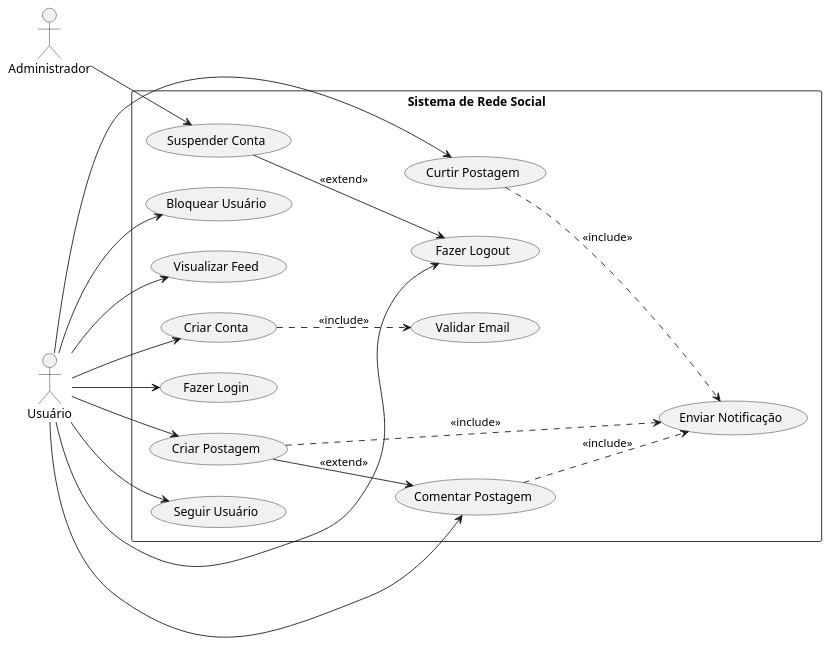
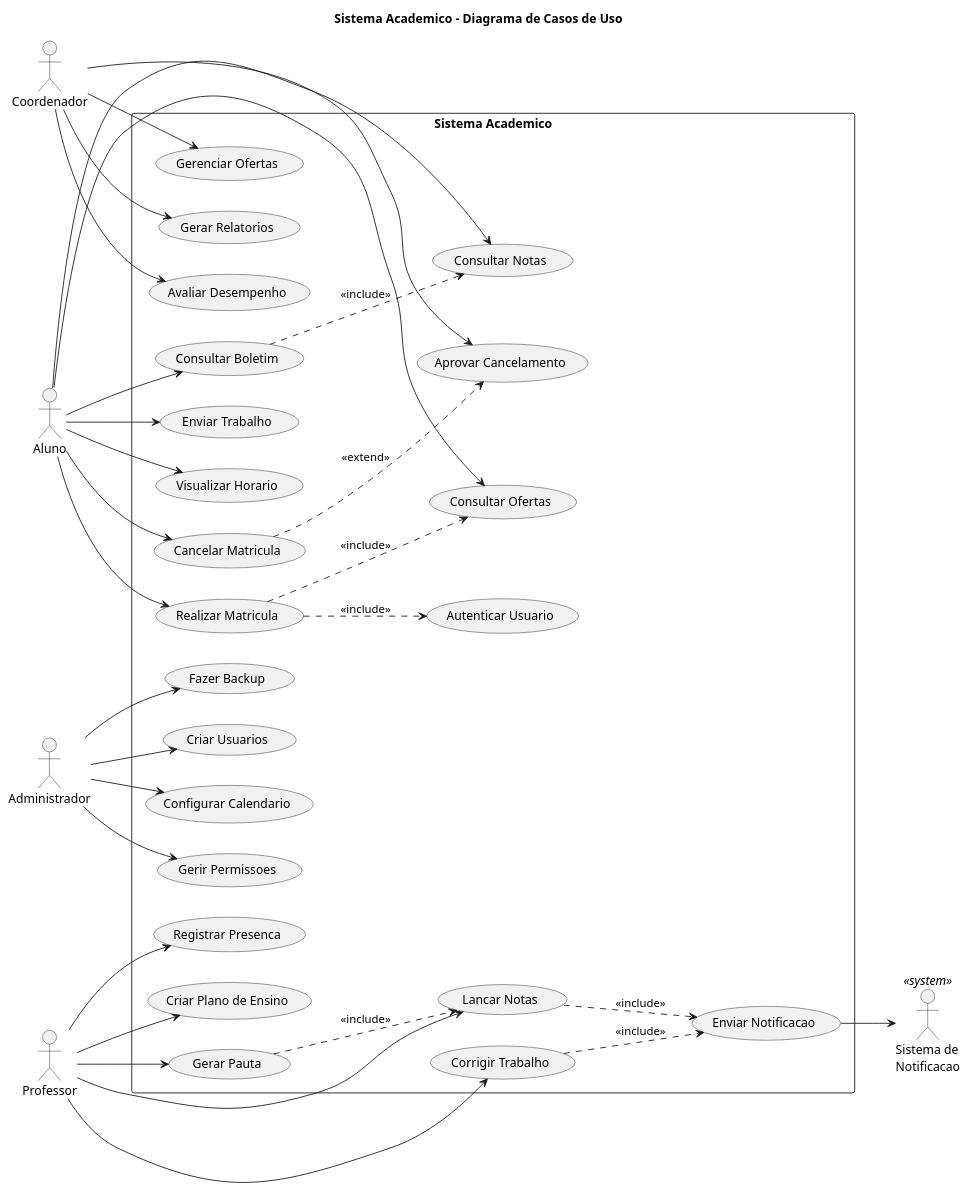
One commit to claulis/Py changed the fifth of 6 diagrams in POB/UML.md. Above: the diagram before and after it, drawn with PlantUML. The commit also changed other lines of this file and 6 other files, not shown here.

First line of the commit message:
Add comprehensive UML documentation with PlantUML diagrams

````diff
--- a/POB/UML.md
+++ b/POB/UML.md
@@ -367,44 +681,72 @@
 ```plantuml
-@startuml RedesSocialCasoUso
+@startuml sistema_academico
+title Sistema Academico - Diagrama de Casos de Uso
 left to right direction
-skinparam packageStyle rectangle
 
-actor "Usuário" as User
-actor "Administrador" as Admin
+actor Aluno
+actor Professor
+actor Coordenador
+actor Administrador
+actor "Sistema de\nNotificacao" as SisNotif <<system>>
 
-rectangle "Sistema de Rede Social" {
-    usecase "Criar Conta" as UC1
-    usecase "Fazer Login" as UC2
-    usecase "Fazer Logout" as UC3
-    usecase "Criar Postagem" as UC4
-    usecase "Comentar Postagem" as UC5
-    usecase "Curtir Postagem" as UC6
-    usecase "Seguir Usuário" as UC7
-    usecase "Bloquear Usuário" as UC8
-    usecase "Validar Email" as UC9
-    usecase "Enviar Notificação" as UC10
-    usecase "Suspender Conta" as UC11
-    usecase "Visualizar Feed" as UC12
-    
-    UC1 ..> UC9 : <<include>>
-    UC4 ..> UC10 : <<include>>
-    UC5 ..> UC10 : <<include>>
-    UC6 ..> UC10 : <<include>>
-    UC4 --> UC5 : <<extend>>
-    UC11 --> UC3 : <<extend>>
+rectangle "Sistema Academico" {
+    usecase "Realizar Matricula" as UC_Matricula
+    usecase "Consultar Ofertas" as UC_ConsultarOfertas
+    usecase "Cancelar Matricula" as UC_CancelarMatricula
+    usecase "Aprovar Cancelamento" as UC_AprovarCancelamento
+    usecase "Registrar Presenca" as UC_RegistrarPresenca
+    usecase "Consultar Notas" as UC_ConsultarNotas
+    usecase "Consultar Boletim" as UC_ConsultarBoletim
+    usecase "Enviar Trabalho" as UC_EnviarTrabalho
+    usecase "Visualizar Horario" as UC_VisualizarHorario
+    usecase "Lancar Notas" as UC_LancarNotas
+    usecase "Corrigir Trabalho" as UC_CorrigirTrabalho
+    usecase "Criar Plano de Ensino" as UC_CriarPlano
+    usecase "Gerar Pauta" as UC_GerarPauta
+    usecase "Gerenciar Ofertas" as UC_GerenciarOfertas
+    usecase "Gerar Relatorios" as UC_GerarRelatorios
+    usecase "Avaliar Desempenho" as UC_AvaliarDesempenho
+    usecase "Criar Usuarios" as UC_CriarUsuarios
+    usecase "Configurar Calendario" as UC_ConfigurarCalendario
+    usecase "Gerir Permissoes" as UC_GerirPermissoes
+    usecase "Fazer Backup" as UC_FazerBackup
+    usecase "Autenticar Usuario" as UC_Autenticar
+    usecase "Enviar Notificacao" as UC_EnviarNotificacao
+
+    UC_Matricula ..> UC_ConsultarOfertas : <<include>>
+    UC_Matricula ..> UC_Autenticar : <<include>>
+    UC_ConsultarBoletim ..> UC_ConsultarNotas : <<include>>
+    UC_GerarPauta ..> UC_LancarNotas : <<include>>
+    UC_LancarNotas ..> UC_EnviarNotificacao : <<include>>
+    UC_CorrigirTrabalho ..> UC_EnviarNotificacao : <<include>>
+
+    UC_CancelarMatricula ..> UC_AprovarCancelamento : <<extend>>
 }
 
-User --> UC1
-User --> UC2
-User --> UC3
-User --> UC4
-User --> UC5
-User --> UC6
-User --> UC7
-User --> UC8
-User --> UC12
+Aluno --> UC_Matricula
+Aluno --> UC_ConsultarOfertas
+Aluno --> UC_CancelarMatricula
+Aluno --> UC_ConsultarNotas
+Aluno --> UC_ConsultarBoletim
+Aluno --> UC_EnviarTrabalho
+Aluno --> UC_VisualizarHorario
 
-Admin --> UC11
+Professor --> UC_RegistrarPresenca
+Professor --> UC_LancarNotas
+Professor --> UC_CorrigirTrabalho
+Professor --> UC_CriarPlano
+Professor --> UC_GerarPauta
 
+Coordenador --> UC_GerenciarOfertas
+Coordenador --> UC_GerarRelatorios
+Coordenador --> UC_AprovarCancelamento
+Coordenador --> UC_AvaliarDesempenho
+
+Administrador --> UC_CriarUsuarios
+Administrador --> UC_ConfigurarCalendario
+Administrador --> UC_GerirPermissoes
+Administrador --> UC_FazerBackup
+
+UC_EnviarNotificacao --> SisNotif
 @enduml
 ```
````
